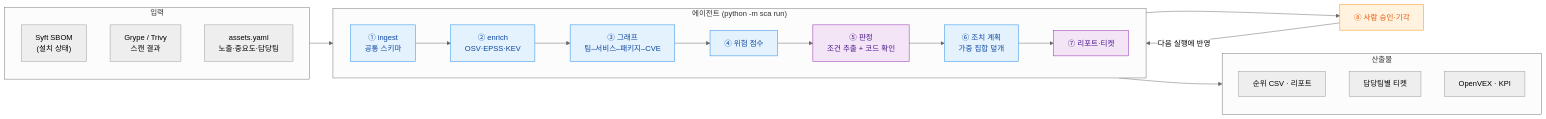
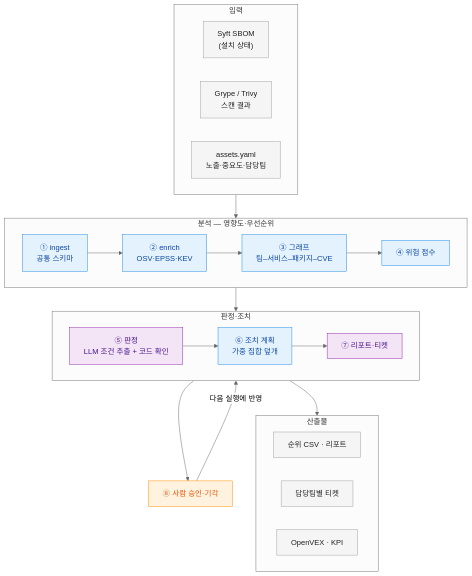
Before and after one commit to toowani/supply-chain-agent: the second of 4 diagrams in README.md, drawn with Mermaid (neutral theme). The commit also changed other lines of this file, not shown here.

Commit message:
README: theme-safe diagram colors, stacked architecture

````diff
--- a/README.md
+++ b/README.md
@@ -30,30 +31,35 @@
 ```mermaid
-flowchart LR
+flowchart TB
   subgraph IN["입력"]
-    direction TB
+    direction LR
     s1["Syft SBOM<br/>(설치 상태)"]
     s2["Grype / Trivy<br/>스캔 결과"]
     s3["assets.yaml<br/>노출·중요도·담당팀"]
   end
-  subgraph CORE["에이전트 (python -m sca run)"]
+  subgraph A["분석 — 영향도·우선순위"]
     direction LR
     ing["① ingest<br/>공통 스키마"] --> enr["② enrich<br/>OSV·EPSS·KEV"] --> grp["③ 그래프<br/>팀–서비스–패키지–CVE"] --> scr["④ 위험 점수"]
-    scr --> jdg["⑤ 판정<br/>조건 추출 + 코드 확인"] --> pln["⑥ 조치 계획<br/>가중 집합 덮개"] --> rep["⑦ 리포트·티켓"]
+  end
+  subgraph B["판정·조치"]
+    direction LR
+    jdg["⑤ 판정<br/>LLM 조건 추출 + 코드 확인"] --> pln["⑥ 조치 계획<br/>가중 집합 덮개"] --> rep["⑦ 리포트·티켓"]
   end
   subgraph OUT["산출물"]
-    direction TB
+    direction LR
     o1["순위 CSV · 리포트"]
     o2["담당팀별 티켓"]
     o3["OpenVEX · KPI"]
   end
-  IN --> ing
-  rep --> OUT
-  rep --> fb["⑧ 사람 승인·기각"] -->|다음 실행에 반영| jdg
+  IN --> A --> B --> OUT
+  rep --> fb["⑧ 사람 승인·기각"]
+  fb -->|다음 실행에 반영| jdg
 
   classDef code fill:#e3f2fd,stroke:#1e88e5,color:#0d47a1
   classDef llm fill:#f3e5f5,stroke:#8e24aa,color:#4a148c
   classDef human fill:#fff3e0,stroke:#fb8c00,color:#e65100
+  classDef io fill:#f5f5f5,stroke:#9e9e9e,color:#212121
   class ing,enr,grp,scr,pln code
   class jdg,rep llm
   class fb human
+  class s1,s2,s3,o1,o2,o3 io
 ```
````
